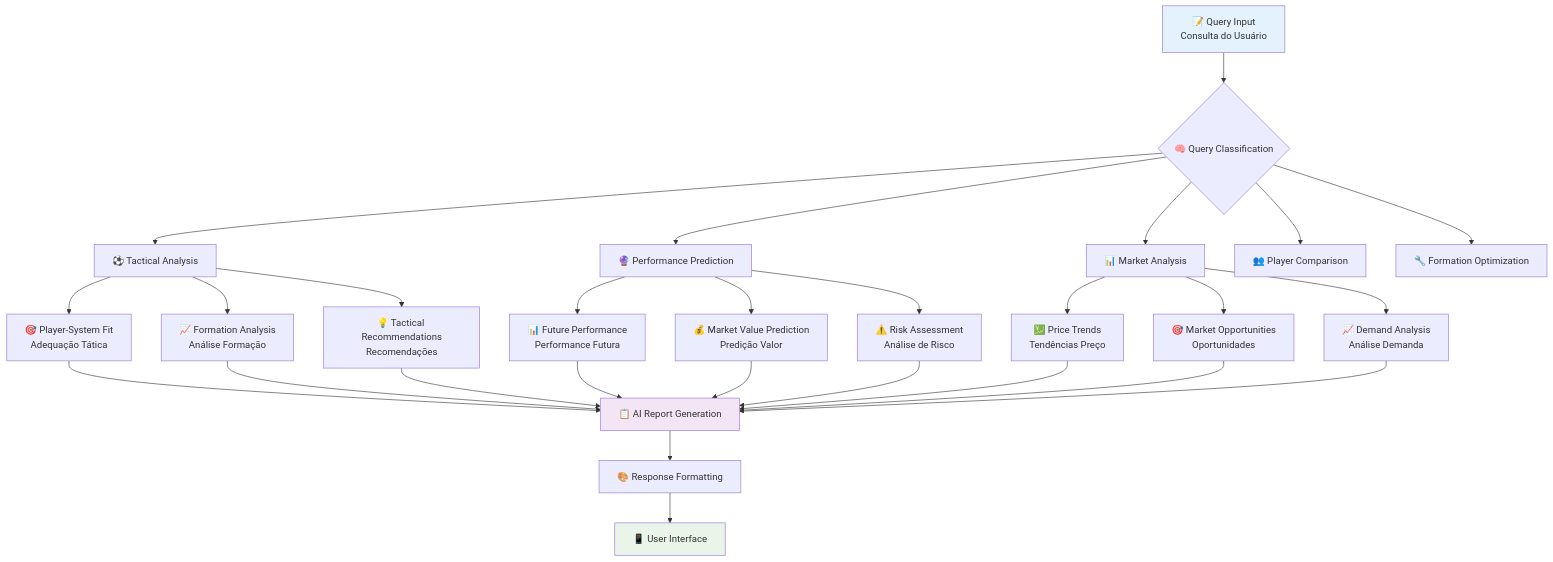
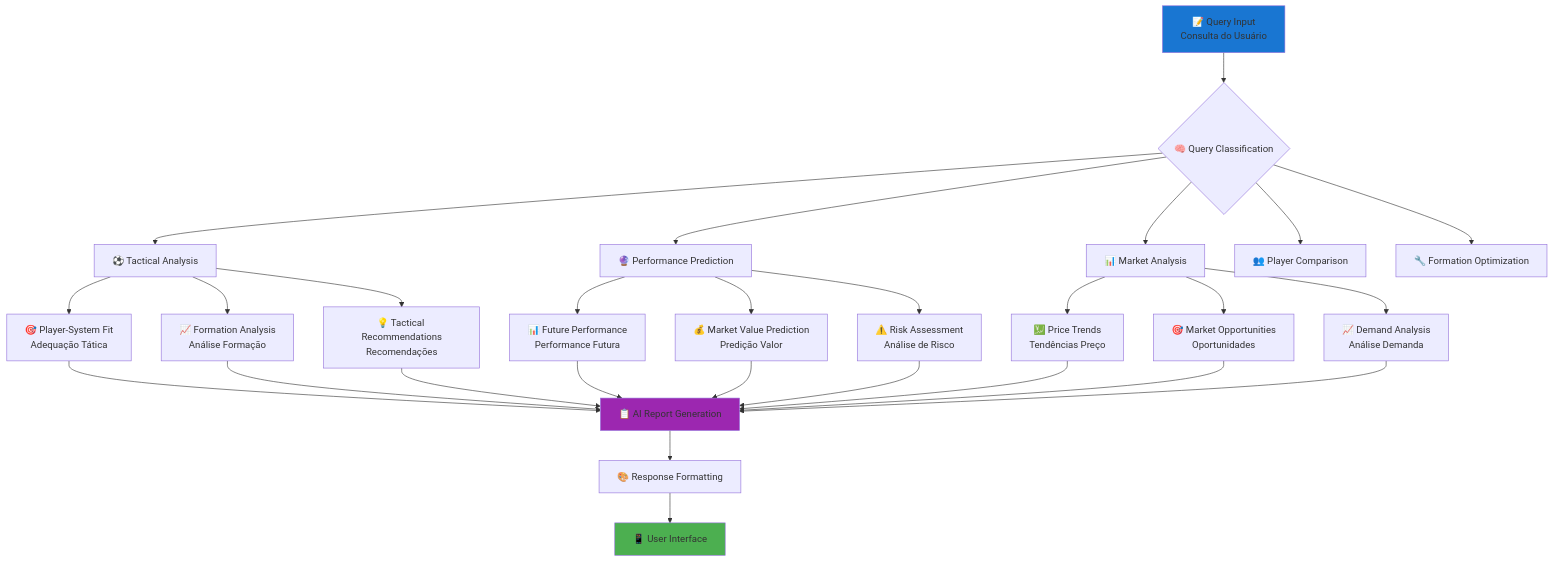
Before and after one commit to gregorizeidler/soccer_scout_AI: the fourth of 6 diagrams in README.md, drawn with Mermaid. The commit also changed other lines of this file, not shown here.

````diff
--- a/README.md
+++ b/README.md
@@ -217,39 +217,39 @@
 ```mermaid
 flowchart TD
     A[📝 Query Input<br/>Consulta do Usuário] --> B{🧠 Query Classification}
     
     B --> C[⚽ Tactical Analysis]
     B --> D[🔮 Performance Prediction]
     B --> E[📊 Market Analysis]
     B --> F[👥 Player Comparison]
     B --> G[🔧 Formation Optimization]
     
     C --> H[🎯 Player-System Fit<br/>Adequação Tática]
     C --> I[📈 Formation Analysis<br/>Análise Formação]
     C --> J[💡 Tactical Recommendations<br/>Recomendações]
     
     D --> K[📊 Future Performance<br/>Performance Futura]
     D --> L[💰 Market Value Prediction<br/>Predição Valor]
     D --> M[⚠️ Risk Assessment<br/>Análise de Risco]
     
     E --> N[💹 Price Trends<br/>Tendências Preço]
     E --> O[🎯 Market Opportunities<br/>Oportunidades]
     E --> P[📈 Demand Analysis<br/>Análise Demanda]
     
     H --> Q[📋 AI Report Generation]
     I --> Q
     J --> Q
     K --> Q
     L --> Q
     M --> Q
     N --> Q
     O --> Q
     P --> Q
     
     Q --> R[🎨 Response Formatting]
     R --> S[📱 User Interface]
     
-    style A fill:#e3f2fd
-    style Q fill:#f3e5f5
-    style S fill:#e8f5e8
+    style A fill:#1976d2
+    style Q fill:#9c27b0
+    style S fill:#4caf50
 ```
````
